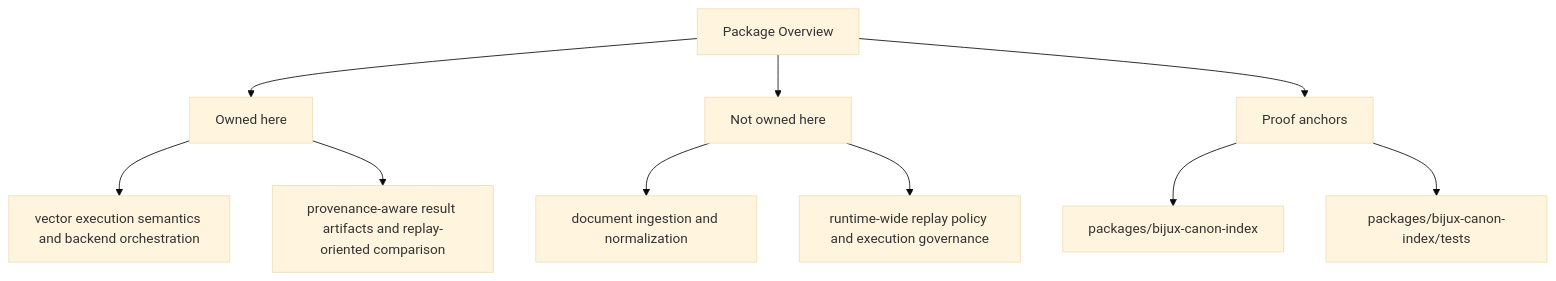
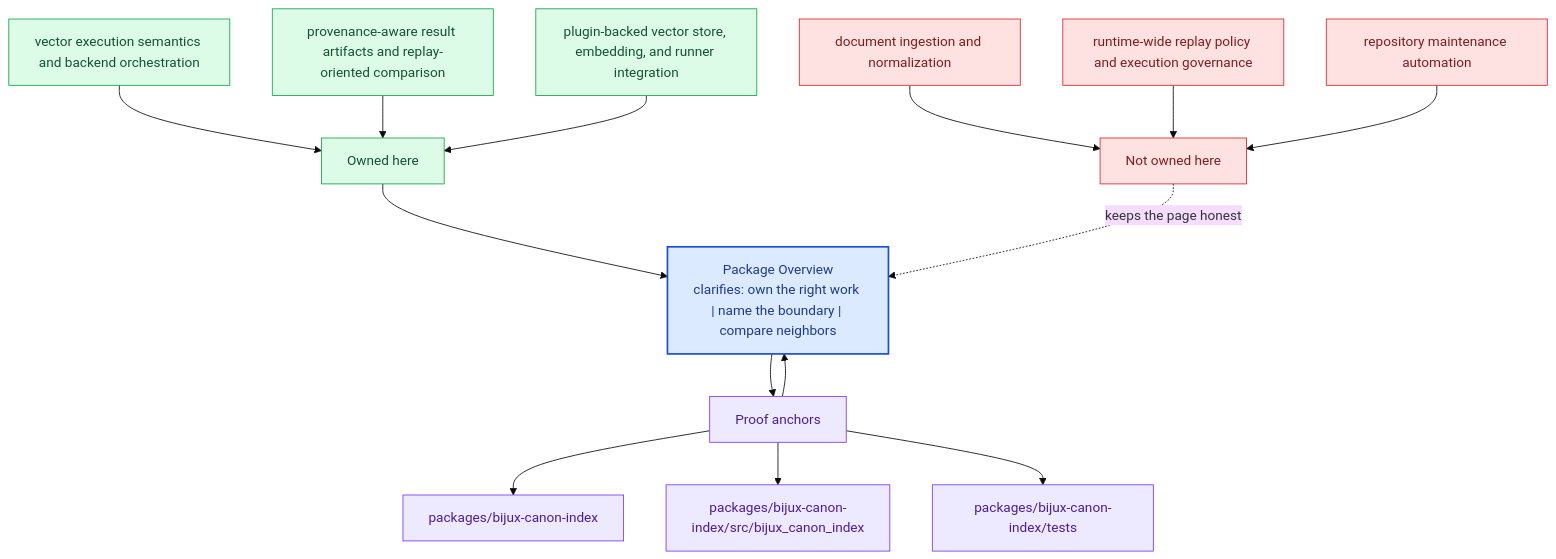
One commit to bijux/bijux-canon changed the second of 2 diagrams in docs/bijux-canon-index/foundation/package-overview.md. Above: the diagram before and after it, drawn with Mermaid (base theme). The commit also changed other lines of this file and 281 other files, not shown here.

Commit message:
docs(diagrams): deepen handbook mermaid maps across the catalog

````diff
--- a/docs/bijux-canon-index/foundation/package-overview.md
+++ b/docs/bijux-canon-index/foundation/package-overview.md
@@ -35,22 +68,40 @@
 ```mermaid
-flowchart TD
-    page["Package Overview"]
+flowchart TB
+    promise["Package Overview<br/>clarifies: own the right work | name the boundary | compare neighbors"]
+    classDef promise fill:#dbeafe,stroke:#1d4ed8,color:#1e3a8a,stroke-width:2px;
+    classDef driver fill:#dcfce7,stroke:#16a34a,color:#14532d;
+    classDef constraint fill:#fee2e2,stroke:#dc2626,color:#7f1d1d;
+    classDef ground fill:#ede9fe,stroke:#7c3aed,color:#4c1d95;
     focus1["Owned here"]
-    page --> focus1
+    focus1 --> promise
     focus1_1["vector execution semantics and backend orchestration"]
-    focus1 --> focus1_1
+    focus1_1 --> focus1
     focus1_2["provenance-aware result artifacts and replay-oriented comparison"]
-    focus1 --> focus1_2
+    focus1_2 --> focus1
+    focus1_3["plugin-backed vector store, embedding, and runner integration"]
+    focus1_3 --> focus1
+    class focus1 driver;
+    class focus1_1,focus1_2,focus1_3 driver;
     focus2["Not owned here"]
-    page --> focus2
+    focus2 -.keeps the page honest.-> promise
     focus2_1["document ingestion and normalization"]
-    focus2 --> focus2_1
+    focus2_1 --> focus2
     focus2_2["runtime-wide replay policy and execution governance"]
-    focus2 --> focus2_2
+    focus2_2 --> focus2
+    focus2_3["repository maintenance automation"]
+    focus2_3 --> focus2
+    class focus2 constraint;
+    class focus2_1,focus2_2,focus2_3 constraint;
     focus3["Proof anchors"]
-    page --> focus3
+    focus3 --> promise
+    promise --> focus3
     focus3_1["packages/bijux-canon-index"]
     focus3 --> focus3_1
-    focus3_2["packages/bijux-canon-index/tests"]
+    focus3_2["packages/bijux-canon-index/src/bijux_canon_index"]
     focus3 --> focus3_2
+    focus3_3["packages/bijux-canon-index/tests"]
+    focus3 --> focus3_3
+    class focus3 ground;
+    class focus3_1,focus3_2,focus3_3 ground;
+    class promise promise;
 ```
````
